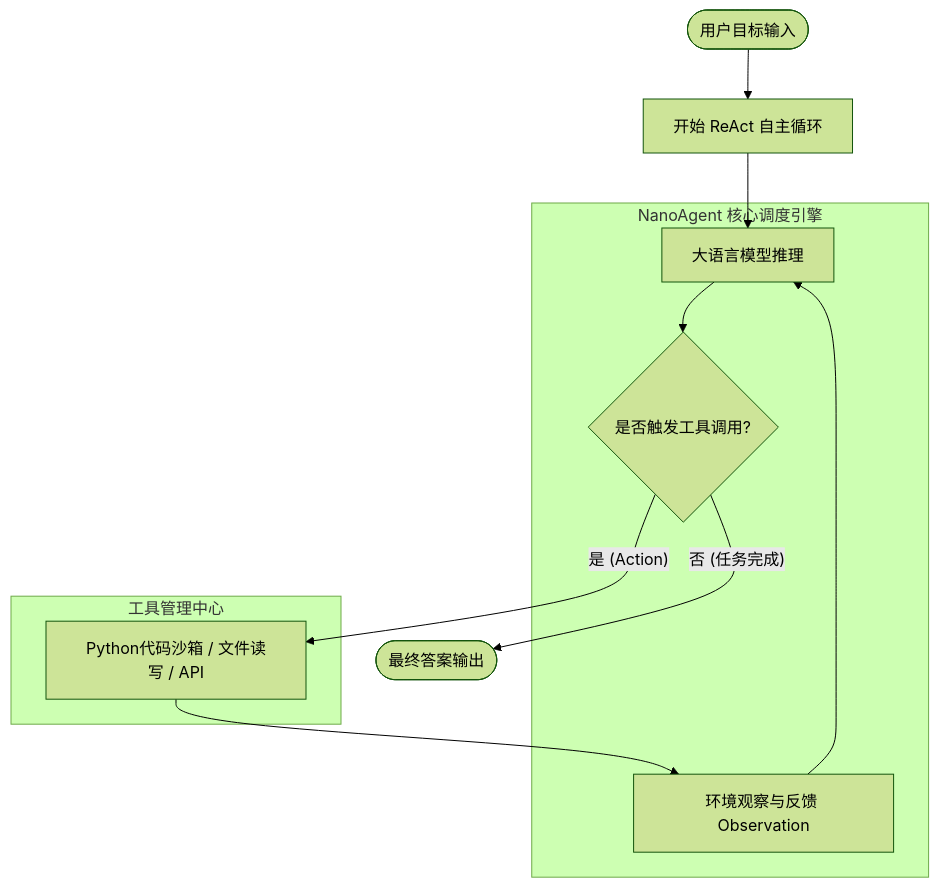
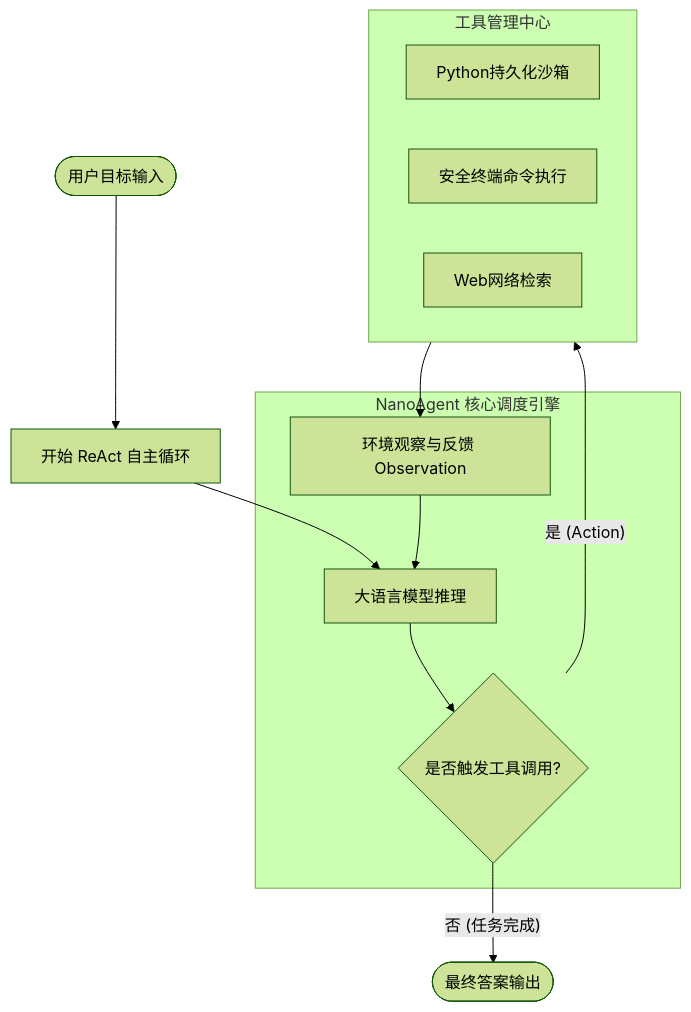
The diagram in README.md (guan110110/NanoAgent), drawn with Mermaid (forest theme) before and after one commit. The commit also changed other lines of this file and 20 other files, not shown here.

````diff
--- a/README.md
+++ b/README.md
@@ -54,21 +96,23 @@
 ```mermaid
 flowchart TD
     User([用户目标输入]) --> LoopStart[开始 ReAct 自主循环]
     
     subgraph AgentEngine [NanoAgent 核心调度引擎]
         LLM[大语言模型推理]
         Decision{是否触发工具调用?}
         Obs[环境观察与反馈 Observation]
     end
 
     subgraph ToolRegistry [工具管理中心]
-        ToolExec[Python代码沙箱 / 文件读写 / API]
+        PythonREPL[Python持久化沙箱]
+        Bash[安全终端命令执行]
+        Search[Web网络检索]
     end
 
     LoopStart --> LLM
     LLM --> Decision
-    Decision -- 是 (Action) --> ToolExec
-    ToolExec --> Obs
+    Decision -- 是 (Action) --> ToolRegistry
+    ToolRegistry --> Obs
     Obs --> LLM
     Decision -- 否 (任务完成) --> Done([最终答案输出])
 ```
````
